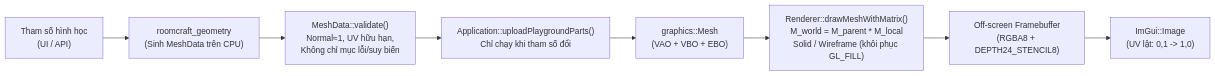
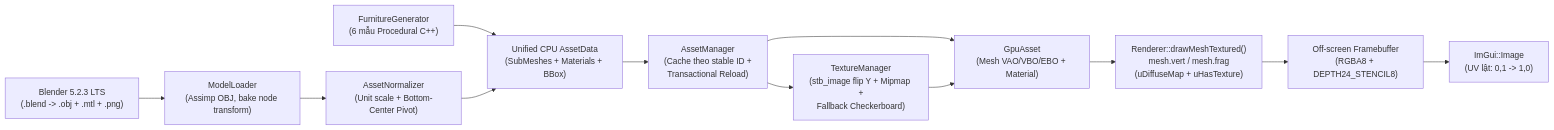
Before and after one commit to Eddy-hoang/Room-craft-3d: the second of 2 diagrams in docs/ARCHITECTURE.md, drawn with Mermaid. The commit also changed other lines of this file and 91 other files, not shown here.

Commit message:
M3 — Blender Asset Pipeline

````diff
--- a/docs/ARCHITECTURE.md
+++ b/docs/ARCHITECTURE.md
@@ -34,10 +39,14 @@
 ```mermaid
 flowchart LR
-    PARAMS["Tham số hình học\n(UI / API)"] --> GEN["roomcraft_geometry\n(Sinh MeshData trên CPU)"]
-    GEN --> VALID["MeshData::validate()\nNormal≈1, UV hữu hạn,\nKhông chỉ mục lỗi/suy biến"]
-    VALID --> UPLOAD["Application::uploadPlaygroundParts()\nChỉ chạy khi tham số đổi"]
-    UPLOAD --> GPU["graphics::Mesh\n(VAO + VBO + EBO)"]
-    GPU --> RENDER["Renderer::drawMeshWithMatrix()\nM_world = M_parent * M_local\nSolid / Wireframe (khôi phục GL_FILL)"]
-    RENDER --> FBO["Off-screen Framebuffer\n(RGBA8 + DEPTH24_STENCIL8)"]
+    BL["Blender 5.2.3 LTS\n(.blend -> .obj + .mtl + .png)"] --> ML["ModelLoader\n(Assimp OBJ, bake node transform)"]
+    PROC["FurnitureGenerator\n(6 mẫu Procedural C++)"] --> AD["Unified CPU AssetData\n(SubMeshes + Materials + BBox)"]
+    ML --> NORM["AssetNormalizer\n(Unit scale + Bottom-Center Pivot)"]
+    NORM --> AD
+    AD --> AM["AssetManager\n(Cache theo stable ID +\nTransactional Reload)"]
+    AM --> TM["TextureManager\n(stb_image flip Y + Mipmap +\nFallback Checkerboard)"]
+    AM --> GPU["GpuAsset\n(Mesh VAO/VBO/EBO + Material)"]
+    TM --> GPU
+    GPU --> REN["Renderer::drawMeshTextured()\nmesh.vert / mesh.frag\n(uDiffuseMap + uHasTexture)"]
+    REN --> FBO["Off-screen Framebuffer\n(RGBA8 + DEPTH24_STENCIL8)"]
     FBO --> IMGUI["ImGui::Image\n(UV lật: 0,1 -> 1,0)"]
 ```
````
